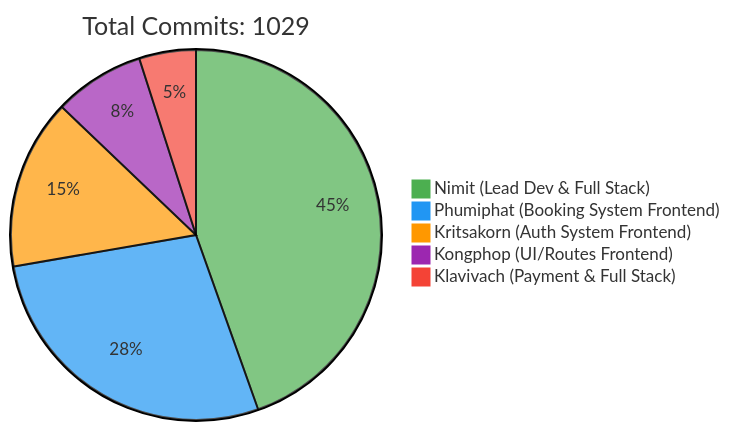
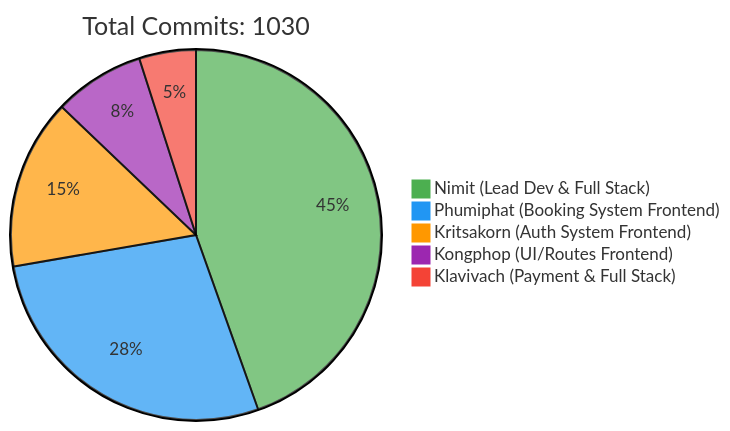
The first of 2 diagrams in README.md (6531503042/Sport-Complex), drawn with Mermaid before and after one commit. The commit also changed other lines of this file, not shown here.

Commit message:
docs: Update contributor statistics [skip ci]

````diff
--- a/README.md
+++ b/README.md
@@ -240,10 +240,10 @@
 ```mermaid
 %%{init: {'theme': 'base', 'themeVariables': { 'pie1': '#4CAF50', 'pie2': '#2196F3', 'pie3': '#FF9800', 'pie4': '#9C27B0', 'pie5': '#F44336'}}}%%
 pie
-    title Total Commits: 1029
+    title Total Commits: 1030
     "Nimit (Lead Dev & Full Stack)" : 450
     "Phumiphat (Booking System Frontend)" : 280
     "Kritsakorn (Auth System Frontend)" : 150
     "Kongphop (UI/Routes Frontend)" : 80
     "Klavivach (Payment & Full Stack)" : 50
 ```
````
